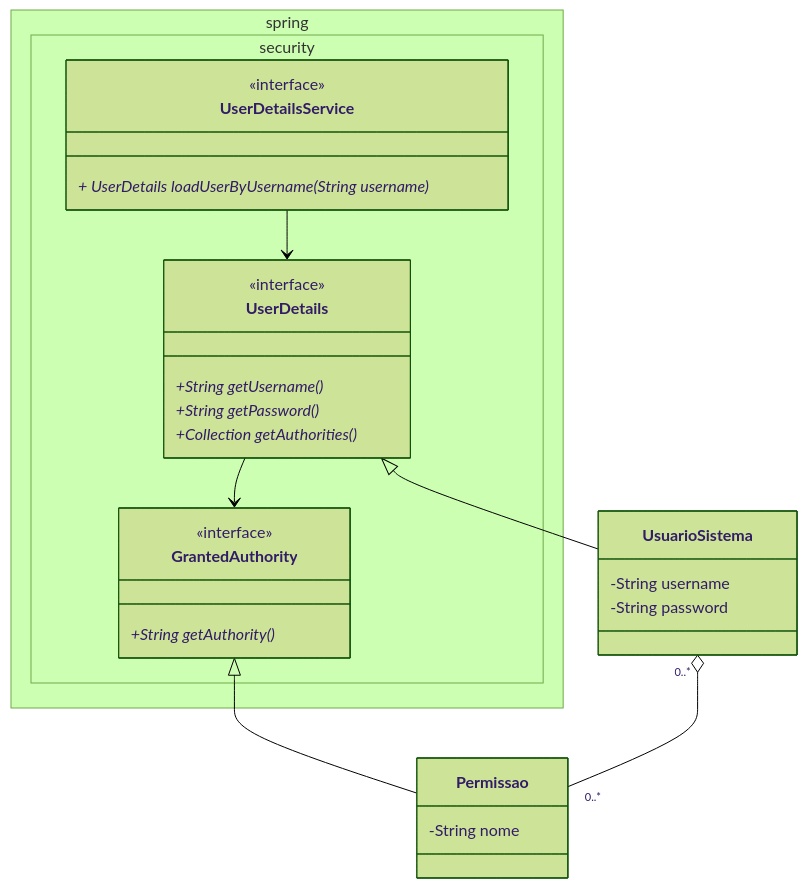
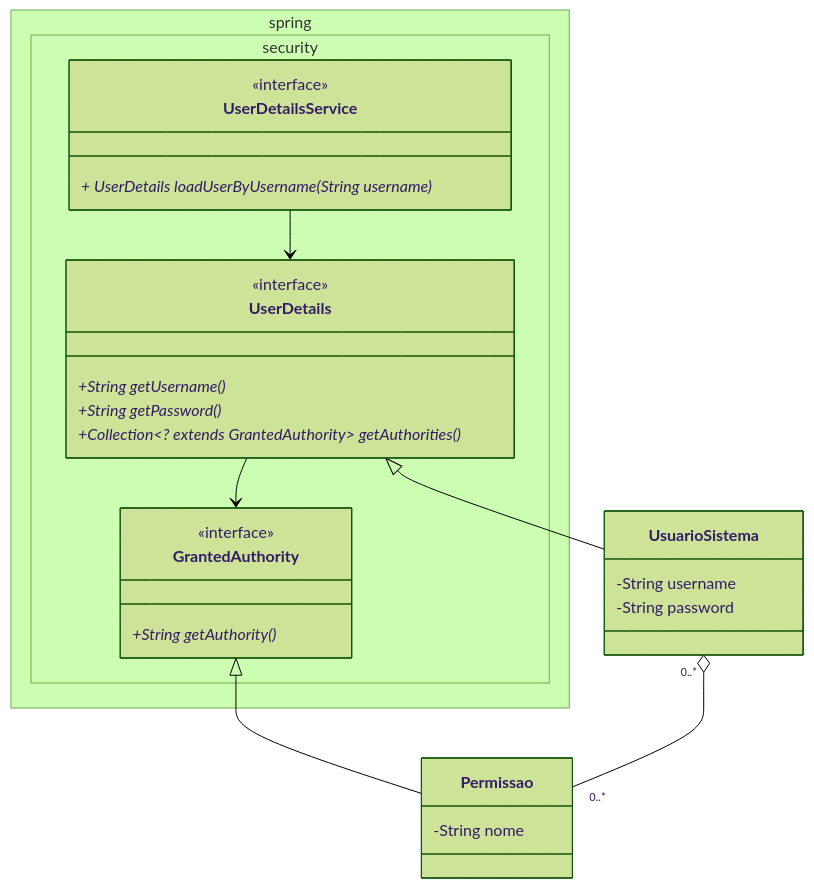
The third of 3 diagrams in Dicas-e-Tutoriais-Spring.md (ftsuda-senac/dicas-desenvolvimento), drawn with Mermaid (forest theme) before and after one commit.

````diff
--- a/Dicas-e-Tutoriais-Spring.md
+++ b/Dicas-e-Tutoriais-Spring.md
@@ -258,37 +258,37 @@
     ```mermaid
    ---
      config:
        class:
          hideEmptyMembersBox: true
    ---
    classDiagram
        namespace spring.security {
            class UserDetailsService {
                <<interface>>
                + UserDetails loadUserByUsername(String username)*
            }
            class UserDetails {
                <<interface>>
                +String getUsername()*
                +String getPassword()*
-               +Collection<? extends GrantedAuthority> getAuthorities()*
+               +Collection~? extends GrantedAuthority~ getAuthorities()*
            }
            class GrantedAuthority {
                <<interface>>
                +String getAuthority()*
            }
        }
        
        class UsuarioSistema {
            -String username
            -String password
        }
        class Permissao {
            -String nome
        }
        UserDetailsService --> UserDetails
        UserDetails --> GrantedAuthority
        UserDetails <|-- UsuarioSistema
        GrantedAuthority <|-- Permissao
        UsuarioSistema  "0..*" o-- "0..*" Permissao
     ```
````
